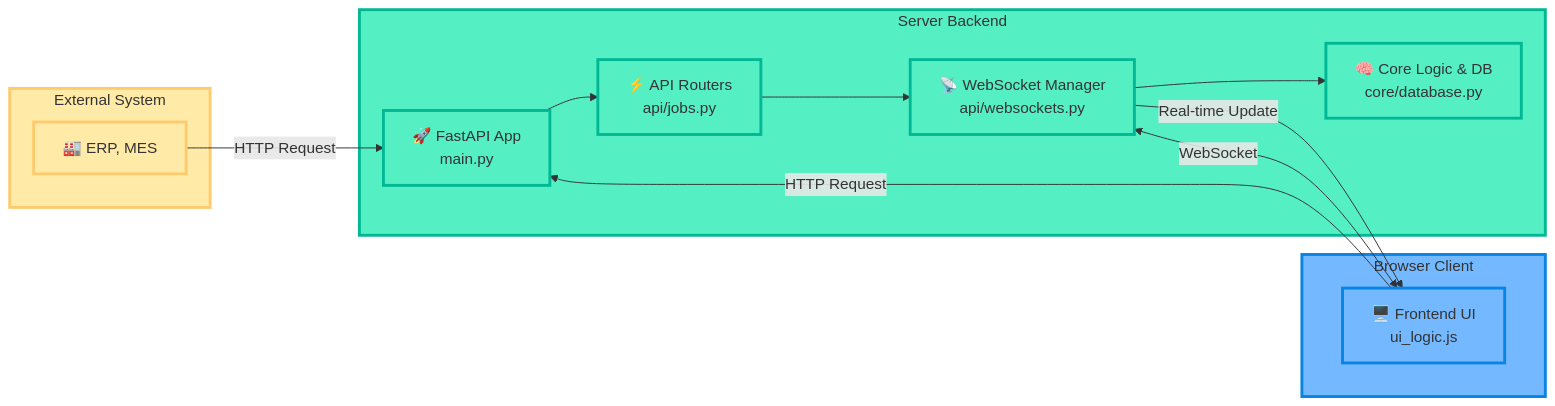
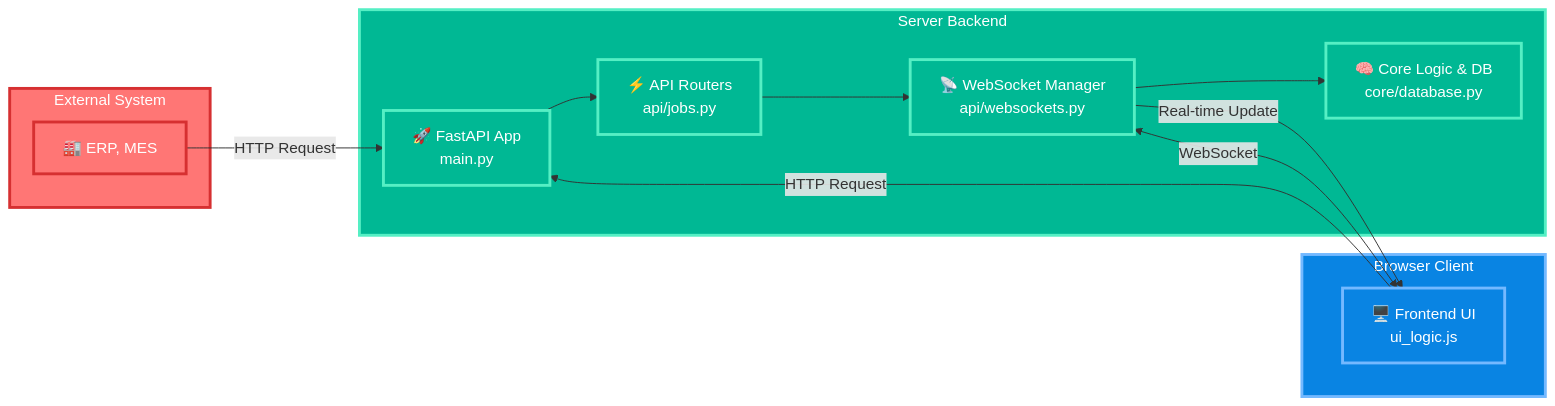
One commit to Krittapas2546/RFID-smart-shelf changed the diagram in architecture.md. Above: the diagram before and after it, drawn with Mermaid.

````diff
--- a/architecture.md
+++ b/architecture.md
@@ -8,34 +8,34 @@
 ```mermaid
 graph LR
     subgraph EXT[External System]
         A[🏭 ERP, MES]
     end
     
     subgraph CLIENT[Browser Client]
         B[🖥️ Frontend UI<br/>ui_logic.js]
     end
     
     subgraph SERVER[Server Backend]
         C[🚀 FastAPI App<br/>main.py]
         D[⚡ API Routers<br/>api/jobs.py]
         E[📡 WebSocket Manager<br/>api/websockets.py]
         F[🧠 Core Logic & DB<br/>core/database.py]
         
         C --> D
         D --> E  
         E --> F
     end
     
     A -->|HTTP Request| C
     B -->|HTTP Request| C
     B <-->|WebSocket| E
     E -->|Real-time Update| B
     
-    classDef external fill:#ffeaa7,stroke:#fdcb6e,stroke-width:3px
-    classDef client fill:#74b9ff,stroke:#0984e3,stroke-width:3px
-    classDef server fill:#55efc4,stroke:#00b894,stroke-width:3px
+    classDef external fill:#ff7675,stroke:#d63031,stroke-width:3px,color:#ffffff
+    classDef client fill:#0984e3,stroke:#74b9ff,stroke-width:3px,color:#ffffff
+    classDef server fill:#00b894,stroke:#55efc4,stroke-width:3px,color:#ffffff
     
     class EXT,A external
     class CLIENT,B client
     class SERVER,C,D,E,F server
 ```
````
